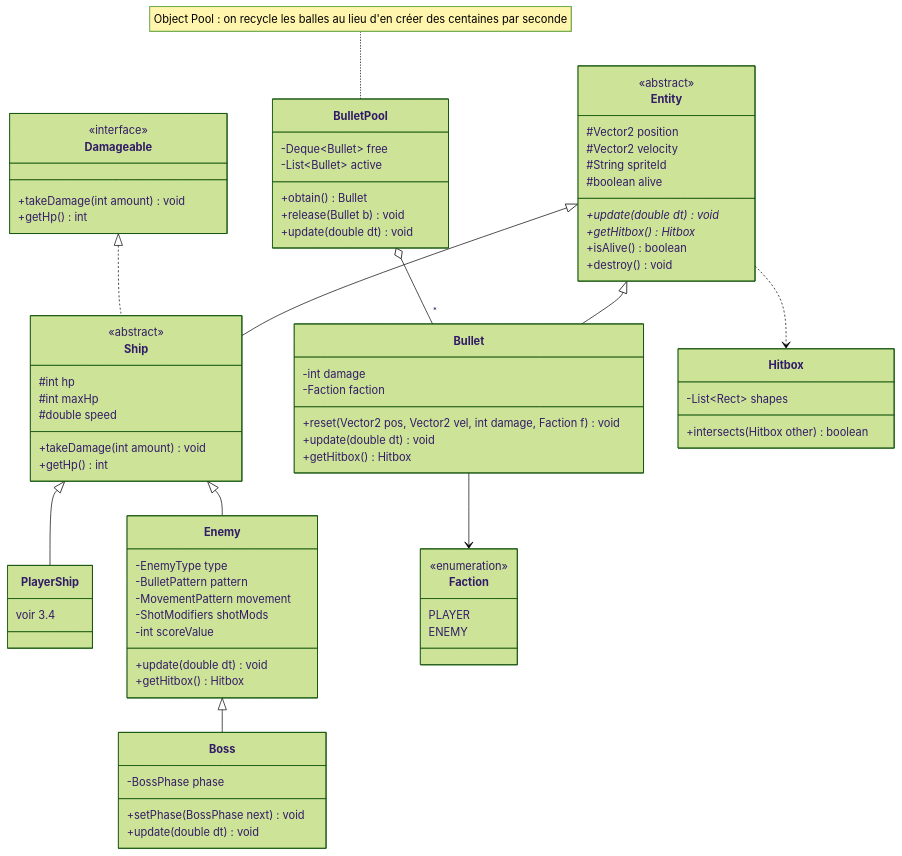
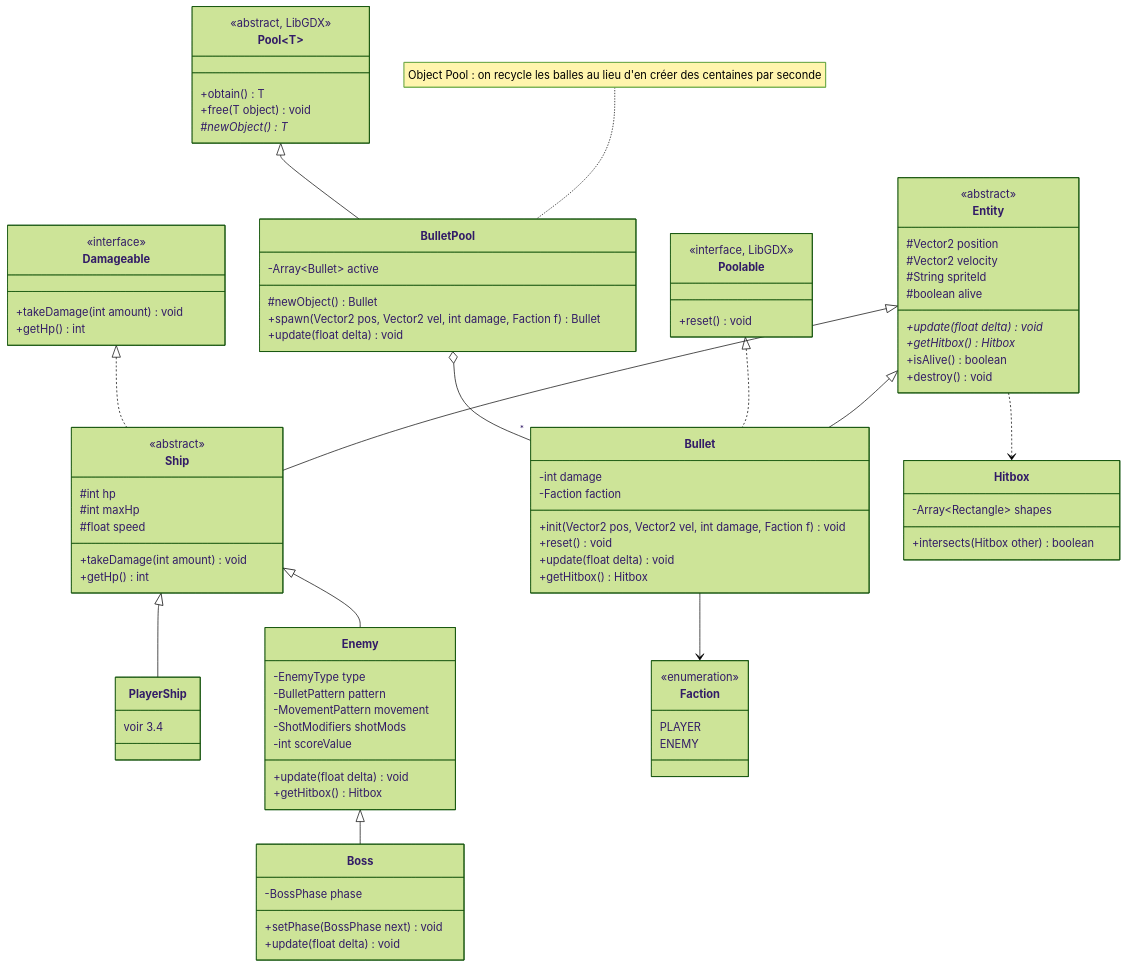
The fourth of 13 diagrams in content/2D-Game/ideas/pierre/Bullet hell roguelike - UML.md (Bisiaux-dev/public-vault), drawn with Mermaid (forest theme) before and after one commit. The commit also changed other lines of this file and 27 other files, not shown here.

````diff
--- a/content/2D-Game/ideas/pierre/Bullet hell roguelike - UML.md
+++ b/content/2D-Game/ideas/pierre/Bullet hell roguelike - UML.md
@@ -149,7 +172,7 @@
         #Vector2 velocity
         #String spriteId
         #boolean alive
-        +update(double dt)* void
+        +update(float delta)* void
         +getHitbox()* Hitbox
         +isAlive() boolean
         +destroy() void
@@ -163,7 +186,7 @@
         <<abstract>>
         #int hp
         #int maxHp
-        #double speed
+        #float speed
         +takeDamage(int amount) void
         +getHp() int
     }
@@ -176,19 +199,20 @@
         -MovementPattern movement
         -ShotModifiers shotMods
         -int scoreValue
-        +update(double dt) void
+        +update(float delta) void
         +getHitbox() Hitbox
     }
     class Boss {
         -BossPhase phase
         +setPhase(BossPhase next) void
-        +update(double dt) void
+        +update(float delta) void
     }
     class Bullet {
         -int damage
         -Faction faction
-        +reset(Vector2 pos, Vector2 vel, int damage, Faction f) void
-        +update(double dt) void
+        +init(Vector2 pos, Vector2 vel, int damage, Faction f) void
+        +reset() void
+        +update(float delta) void
         +getHitbox() Hitbox
     }
     class Faction {
@@ -196,15 +220,24 @@
         PLAYER
         ENEMY
     }
+    class Pool~T~ {
+        <<abstract, LibGDX>>
+        +obtain() T
+        +free(T object) void
+        #newObject()* T
+    }
+    class Poolable {
+        <<interface, LibGDX>>
+        +reset() void
+    }
     class BulletPool {
-        -Deque~Bullet~ free
-        -List~Bullet~ active
-        +obtain() Bullet
-        +release(Bullet b) void
-        +update(double dt) void
+        -Array~Bullet~ active
+        #newObject() Bullet
+        +spawn(Vector2 pos, Vector2 vel, int damage, Faction f) Bullet
+        +update(float delta) void
     }
     class Hitbox {
-        -List~Rect~ shapes
+        -Array~Rectangle~ shapes
         +intersects(Hitbox other) boolean
     }
 
@@ -216,6 +249,8 @@
     Enemy <|-- Boss
     Entity ..> Hitbox
     Bullet --> Faction
+    Poolable <|.. Bullet
+    Pool <|-- BulletPool
     BulletPool o-- "*" Bullet
     note for BulletPool "Object Pool : on recycle les balles au lieu d'en créer des centaines par seconde"
 ```
````
